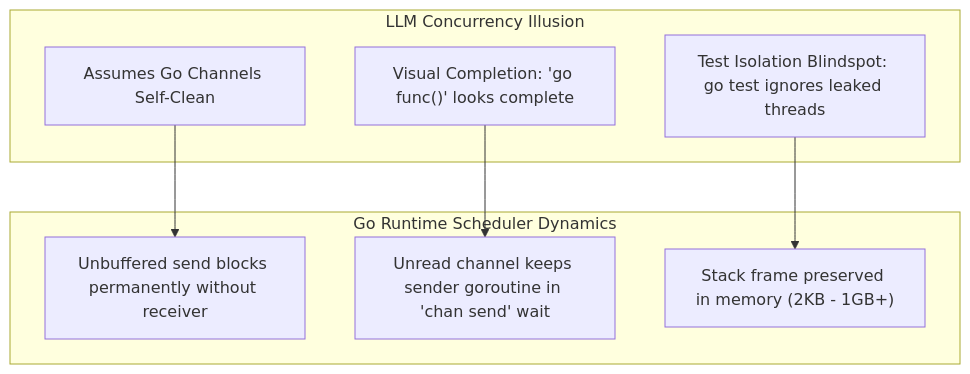
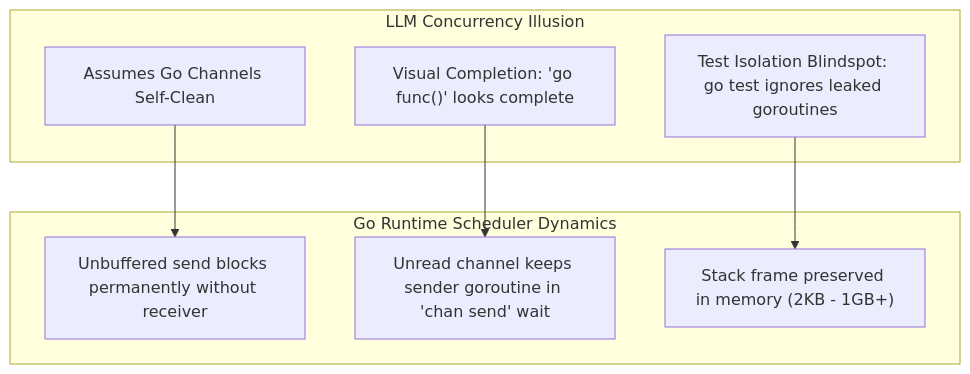
Before and after one commit to dan-petty/vibes: the first of 2 diagrams in observations/polyglot/03-go-goroutine-leakage-and-context-lifecycles.md, drawn with Mermaid. The commit also changed other lines of this file and 248 other files, not shown here.

````diff
--- a/observations/polyglot/03-go-goroutine-leakage-and-context-lifecycles.md
+++ b/observations/polyglot/03-go-goroutine-leakage-and-context-lifecycles.md
@@ -41,18 +41,18 @@
 ```mermaid
 flowchart TD
     subgraph CognitiveBias["LLM Concurrency Illusion"]
         B1["Assumes Go Channels Self-Clean"]
         B2["Visual Completion: 'go func()' looks complete"]
-        B3["Test Isolation Blindspot: go test ignores leaked threads"]
+        B3["Test Isolation Blindspot: go test ignores leaked goroutines"]
     end
 
     subgraph RuntimeReality["Go Runtime Scheduler Dynamics"]
         R1["Unbuffered send blocks permanently without receiver"]
         R2["Unread channel keeps sender goroutine in 'chan send' wait"]
         R3["Stack frame preserved in memory (2KB - 1GB+)"]
     end
 
     B1 --> R1
     B2 --> R2
     B3 --> R3
 ```
````
